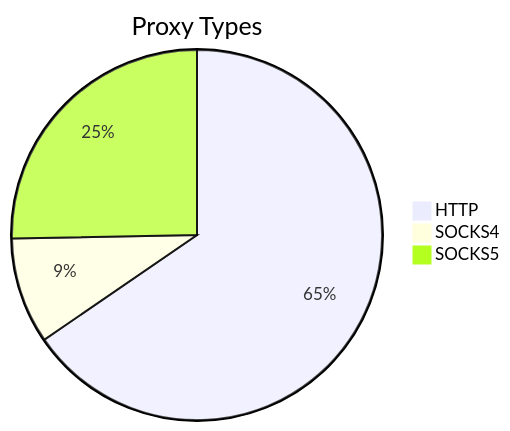
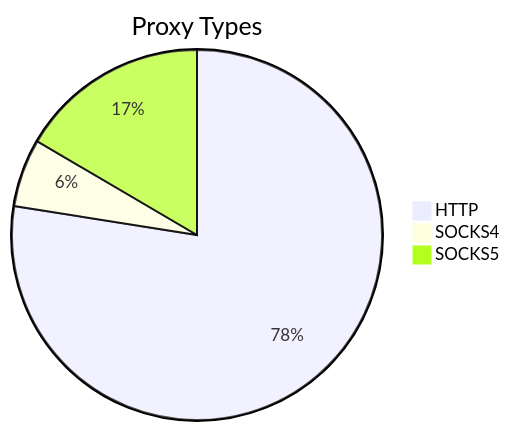
One commit to stormsia/proxy-list changed the first of 2 diagrams in README.md. Above: the diagram before and after it, drawn with Mermaid. The commit also changed other lines of this file, not shown here.

````diff
--- a/README.md
+++ b/README.md
@@ -21,6 +21,6 @@
 ```mermaid
 pie title Proxy Types
-    "HTTP" : 318
-    "SOCKS4" : 45
-    "SOCKS5" : 123
+    "HTTP" : 248
+    "SOCKS4" : 19
+    "SOCKS5" : 53
 ```
````
